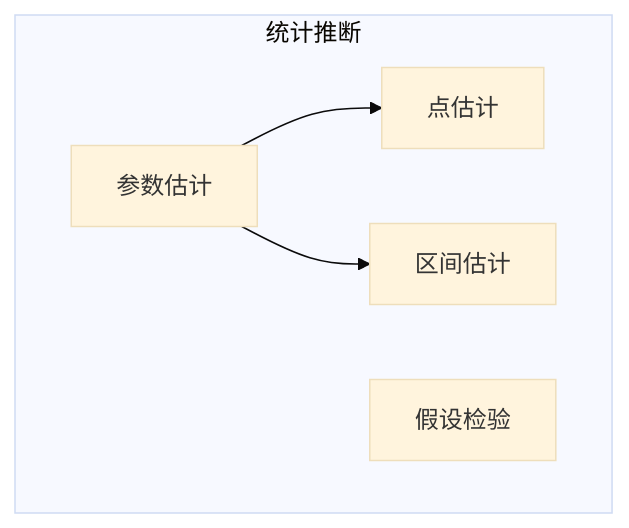
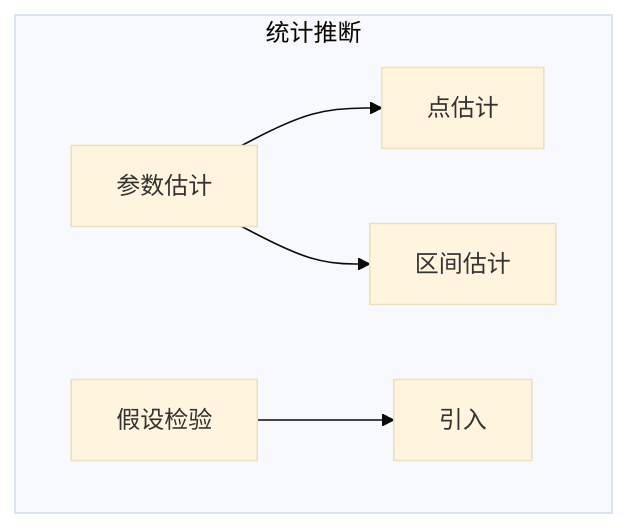
One commit to introvert24312/somehow changed the second of 2 diagrams in source/_posts/Mind map of health statistics.md. Above: the diagram before and after it, drawn with Mermaid (base theme). The commit also changed 2 other files, not shown here.

Commit message:
统计推断开篇

````diff
--- a/source/_posts/Mind map of health statistics.md
+++ b/source/_posts/Mind map of health statistics.md
@@ -30,8 +30,11 @@
 ```mermaid
 graph TD;
 subgraph 统计推断
-1[参数估计]-->点估计
-1-->区间估计
-假设检验
+1[参数估计]-->1a[点估计]
+1-->1b[区间估计]
+2[假设检验]-->2a[引入]
 end
+click 1a "https://ysz.asia/2024/10/10/interval%20estimation/"
+click 1b "https://ysz.asia/2024/10/10/interval%20estimation/"
+
 ```
````
